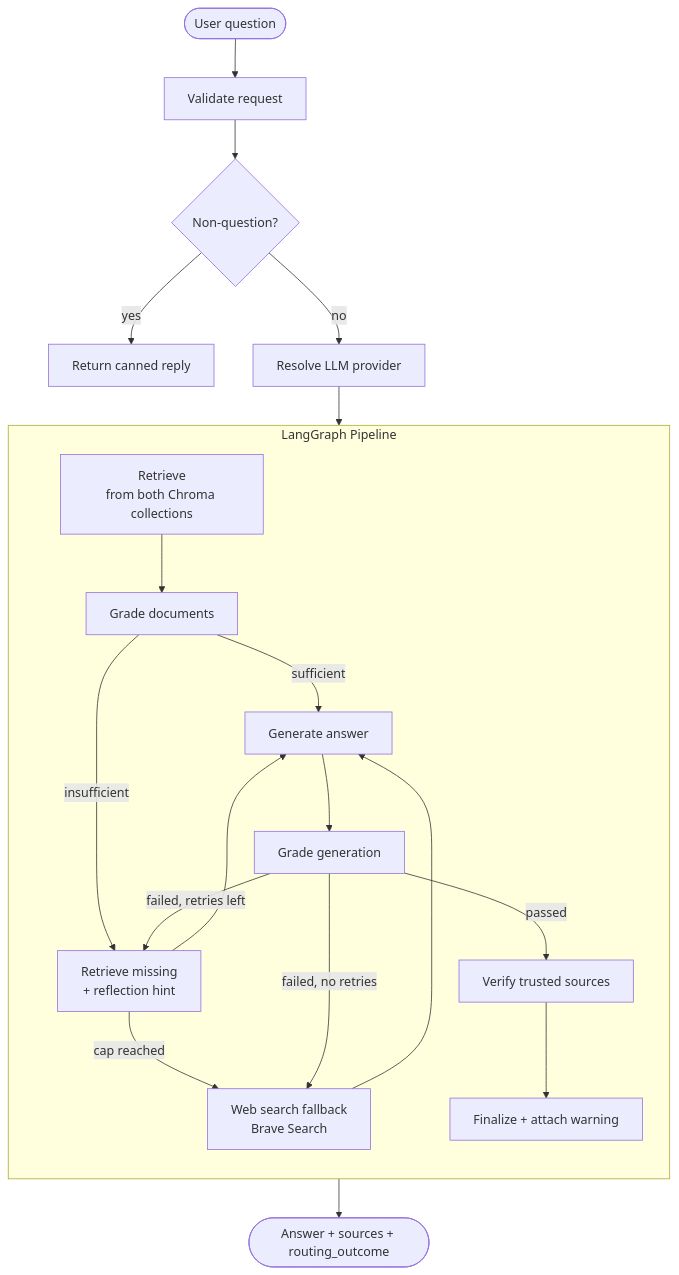
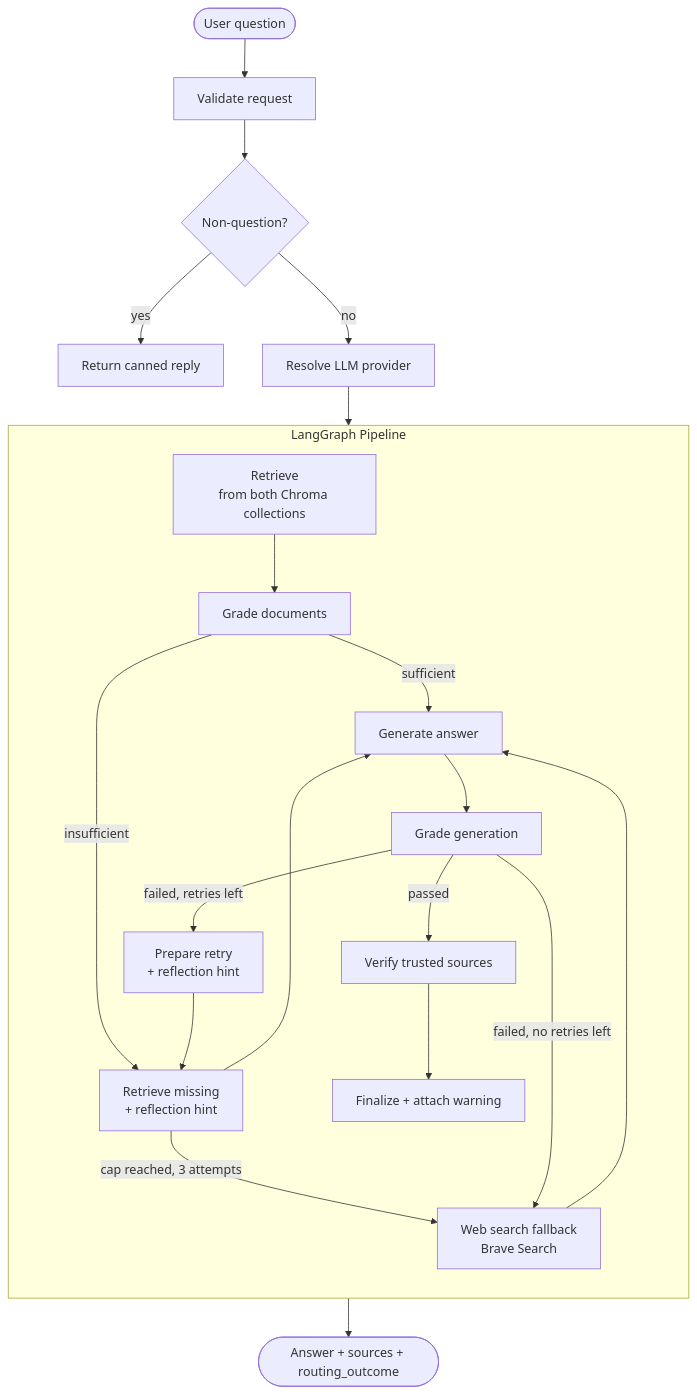
One commit to eikrad/Radiationsafety changed the diagram in README.md. Above: the diagram before and after it, drawn with Mermaid. The commit also changed 5 other files, not shown here.

````diff
--- a/README.md
+++ b/README.md
@@ -20,33 +20,35 @@
 ```mermaid
 flowchart TB
     USER([User question]) --> VALIDATE[Validate request]
     VALIDATE --> NONQ{Non-question?}
     NONQ -->|yes| QUICK_REPLY[Return canned reply]
     NONQ -->|no| MODEL[Resolve LLM provider]
 
     subgraph GRAPH [LangGraph Pipeline]
         direction TB
         RETRIEVE[Retrieve\nfrom both Chroma collections]
         GRADE[Grade documents]
         RETRIEVE_MISSING[Retrieve missing\n+ reflection hint]
         WEB_SEARCH[Web search fallback\nBrave Search]
         GENERATE[Generate answer]
         GRADE_GEN[Grade generation]
+        RETRY_PREP[Prepare retry\n+ reflection hint]
         VERIFY[Verify trusted sources]
         FINALIZE[Finalize + attach warning]
     end
 
     MODEL --> RETRIEVE
     RETRIEVE --> GRADE
     GRADE -->|sufficient| GENERATE
     GRADE -->|insufficient| RETRIEVE_MISSING
     RETRIEVE_MISSING --> GENERATE
-    RETRIEVE_MISSING -->|cap reached| WEB_SEARCH
+    RETRIEVE_MISSING -->|cap reached, 3 attempts| WEB_SEARCH
     WEB_SEARCH --> GENERATE
     GENERATE --> GRADE_GEN
     GRADE_GEN -->|passed| VERIFY
-    GRADE_GEN -->|failed, retries left| RETRIEVE_MISSING
-    GRADE_GEN -->|failed, no retries| WEB_SEARCH
+    GRADE_GEN -->|failed, retries left| RETRY_PREP
+    RETRY_PREP --> RETRIEVE_MISSING
+    GRADE_GEN -->|failed, no retries left| WEB_SEARCH
     VERIFY --> FINALIZE
     FINALIZE --> RESPONSE([Answer + sources + routing_outcome])
 ```
````
